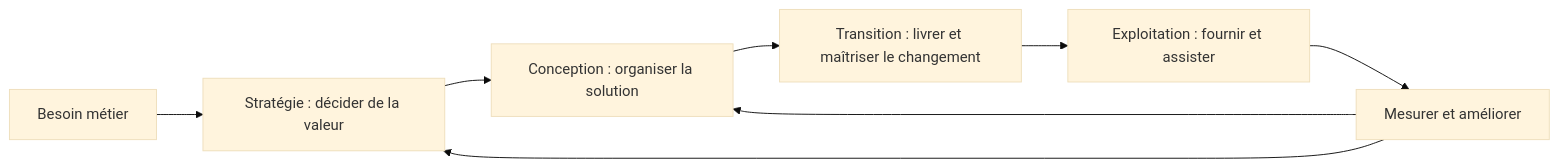
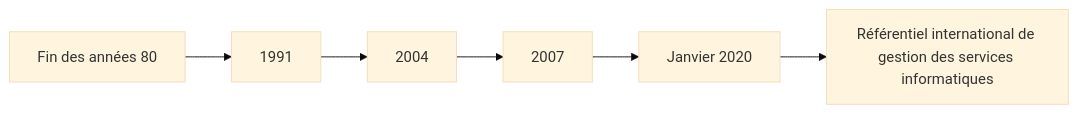
The second of 3 diagrams in docs/modules/06-sensibilisation-itil-gestion-parc/module-01-presentation-d-itil-et-historique.md (sk34pk25/tssr-cours), drawn with Mermaid (base theme) before and after one commit. The commit also changed other lines of this file and 8 other files, not shown here.

````diff
--- a/docs/modules/06-sensibilisation-itil-gestion-parc/module-01-presentation-d-itil-et-historique.md
+++ b/docs/modules/06-sensibilisation-itil-gestion-parc/module-01-presentation-d-itil-et-historique.md
@@ -24,10 +77,14 @@
 ```mermaid
 flowchart LR
-    B["Besoin métier"] --> S["Stratégie : décider de la valeur"]
-    S --> C["Conception : organiser la solution"]
-    C --> T["Transition : livrer et maîtriser le changement"]
-    T --> E["Exploitation : fournir et assister"]
-    E --> A["Mesurer et améliorer"]
-    A --> S
-    A --> C
+    N1["Fin des années 80"]
+    N2["1991"]
+    N3["2004"]
+    N4["2007"]
+    N5["Janvier 2020"]
+    N6["Référentiel international de gestion des services informatiques"]
+    N1 --> N2
+    N2 --> N3
+    N3 --> N4
+    N4 --> N5
+    N5 --> N6
 ```
````
